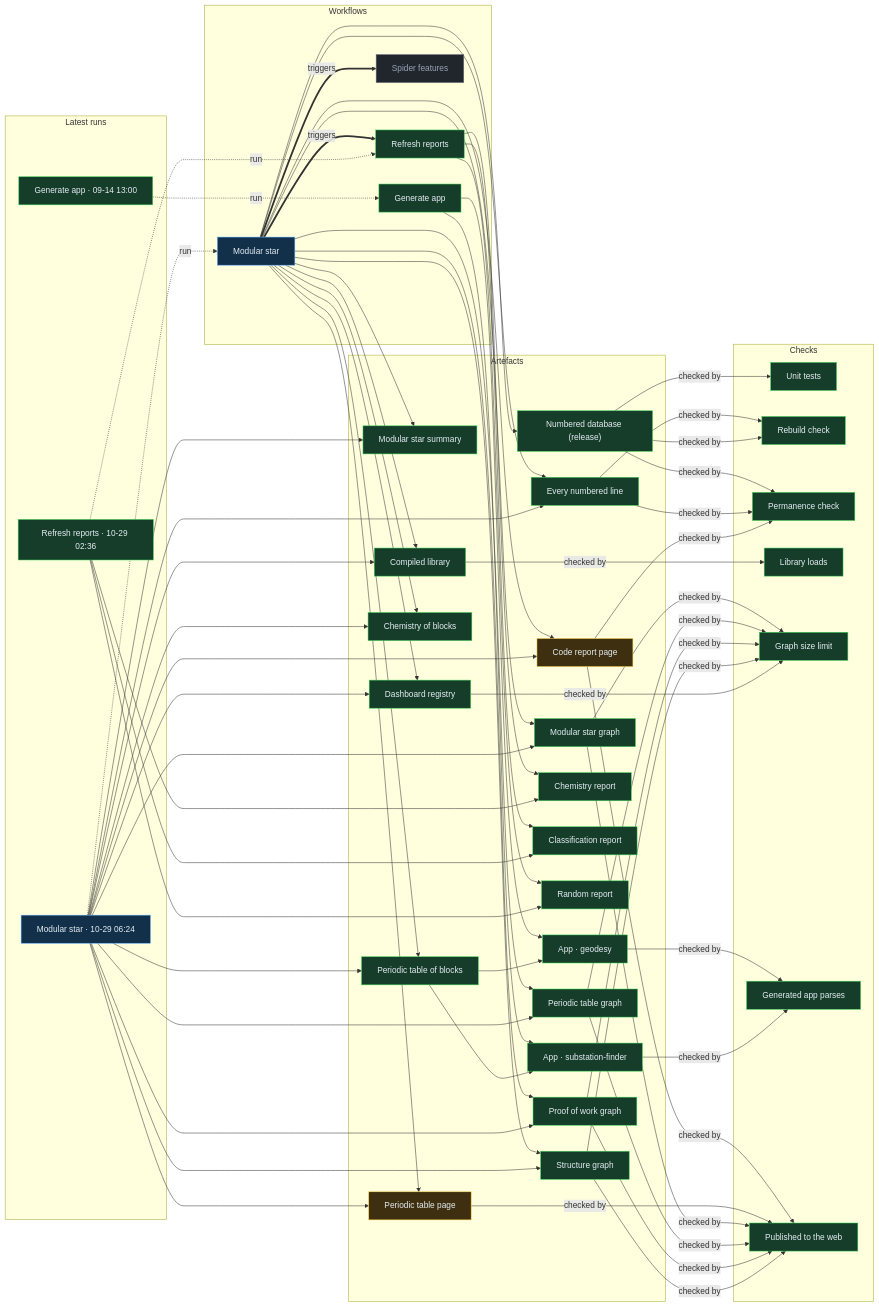
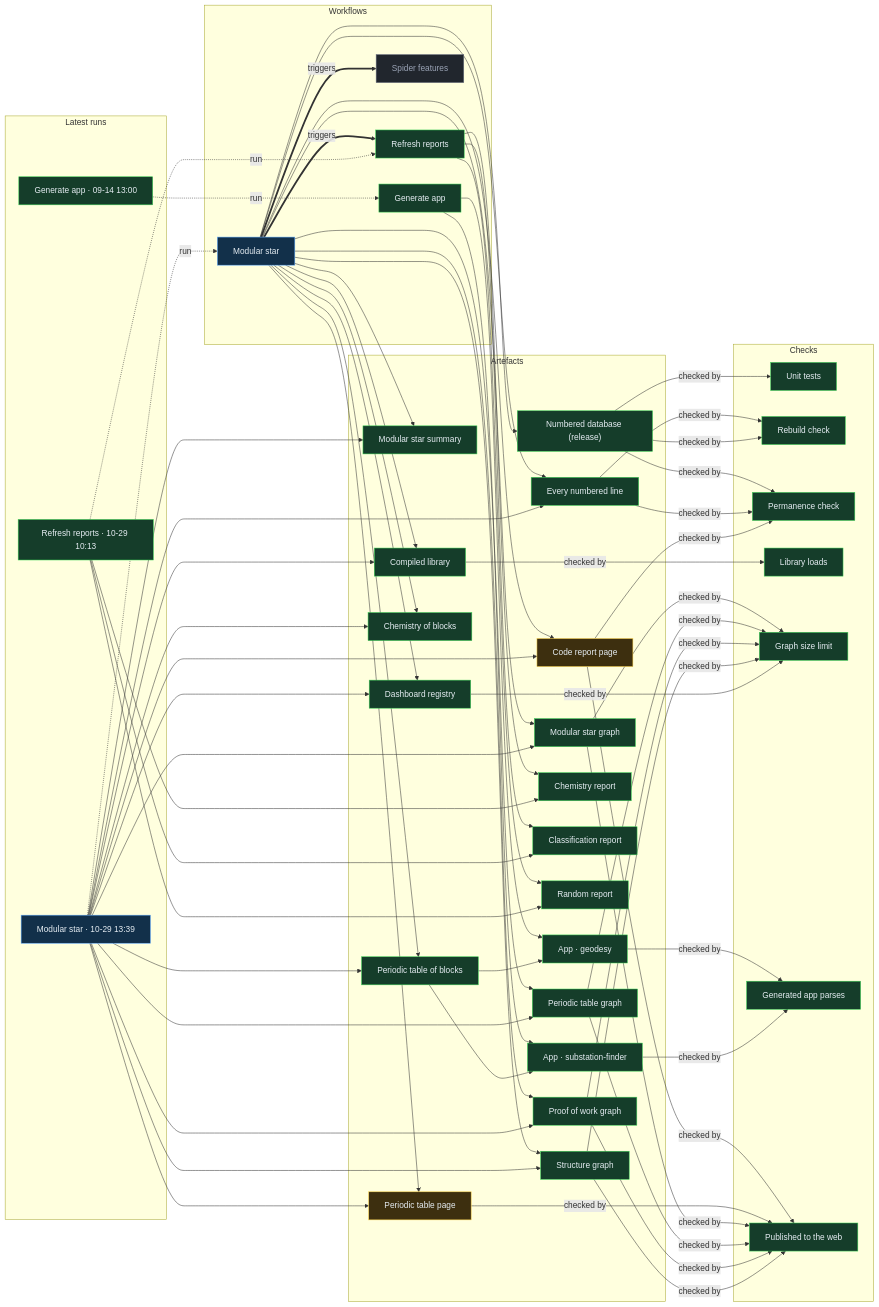
One commit to Ventusltd/stars changed the diagram in proof/PROOF.md. Above: the diagram before and after it, drawn with Mermaid. The commit also changed other lines of this file and 241 other files, not shown here.

Commit message:
Modular star 2026-10-29T13:42Z

```diff
--- a/proof/PROOF.md
+++ b/proof/PROOF.md
@@ -24,8 +24,8 @@
   n_wf_spider_features["Spider features"]:::off
   end
   subgraph g_runs["Latest runs"]
-  n_run_40828994345["Modular star · 10-29 06:24"]:::live
-  n_run_40807358074["Refresh reports · 10-29 02:36"]:::ok
+  n_run_40884007574["Modular star · 10-29 13:39"]:::live
+  n_run_40855905896["Refresh reports · 10-29 10:13"]:::ok
   n_run_34846587798["Generate app · 09-14 13:00"]:::ok
   end
   subgraph g_artefacts["Artefacts"]
@@ -59,39 +59,39 @@
   end
   n_wf_modular_star == triggers ==> n_wf_refresh
   n_wf_modular_star == triggers ==> n_wf_spider_features
-  n_run_40828994345 -. run .-> n_wf_modular_star
-  n_run_40807358074 -. run .-> n_wf_refresh
+  n_run_40884007574 -. run .-> n_wf_modular_star
+  n_run_40855905896 -. run .-> n_wf_refresh
   n_run_34846587798 -. run .-> n_wf_generate
   n_wf_modular_star --> n_art_summary
-  n_run_40828994345 --> n_art_summary
+  n_run_40884007574 --> n_art_summary
   n_wf_modular_star --> n_art_lines
-  n_run_40828994345 --> n_art_lines
+  n_run_40884007574 --> n_art_lines
   n_wf_modular_star --> n_art_code
-  n_run_40828994345 --> n_art_code
+  n_run_40884007574 --> n_art_code
   n_wf_modular_star --> n_art_modular_graph
-  n_run_40828994345 --> n_art_modular_graph
+  n_run_40884007574 --> n_art_modular_graph
   n_wf_modular_star --> n_art_blocks
-  n_run_40828994345 --> n_art_blocks
+  n_run_40884007574 --> n_art_blocks
   n_wf_modular_star --> n_art_table
-  n_run_40828994345 --> n_art_table
+  n_run_40884007574 --> n_art_table
   n_wf_modular_star --> n_art_blocks_graph
-  n_run_40828994345 --> n_art_blocks_graph
+  n_run_40884007574 --> n_art_blocks_graph
   n_wf_modular_star --> n_art_reactions
-  n_run_40828994345 --> n_art_reactions
+  n_run_40884007574 --> n_art_reactions
   n_wf_modular_star --> n_art_library
-  n_run_40828994345 --> n_art_library
+  n_run_40884007574 --> n_art_library
   n_wf_modular_star --> n_art_features
-  n_run_40828994345 --> n_art_features
+  n_run_40884007574 --> n_art_features
   n_wf_modular_star --> n_art_proof
-  n_run_40828994345 --> n_art_proof
+  n_run_40884007574 --> n_art_proof
   n_wf_modular_star --> n_art_structure
-  n_run_40828994345 --> n_art_structure
+  n_run_40884007574 --> n_art_structure
   n_wf_refresh --> n_art_chemistry
-  n_run_40807358074 --> n_art_chemistry
+  n_run_40855905896 --> n_art_chemistry
   n_wf_refresh --> n_art_vedic
-  n_run_40807358074 --> n_art_vedic
+  n_run_40855905896 --> n_art_vedic
   n_wf_refresh --> n_art_random
-  n_run_40807358074 --> n_art_random
+  n_run_40855905896 --> n_art_random
   n_wf_modular_star --> n_art_release
   n_wf_generate --> n_app_geodesy
   n_art_blocks --> n_app_geodesy
```
